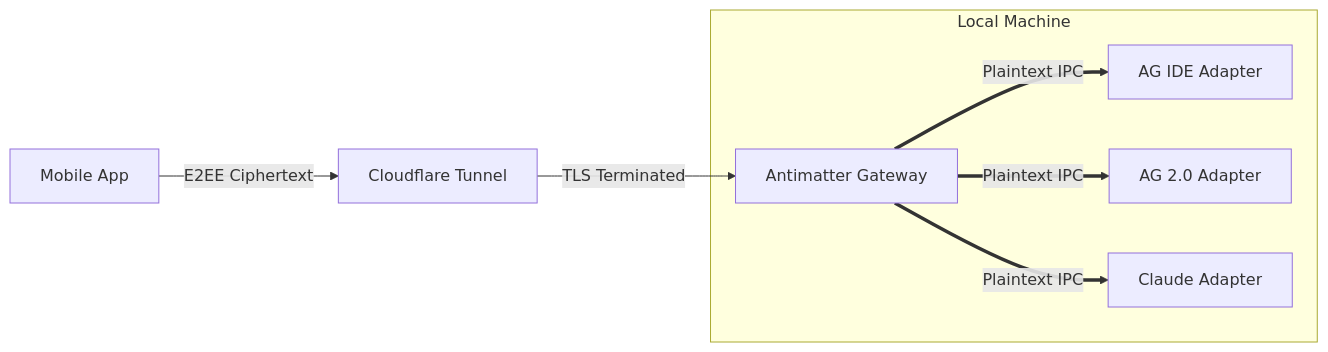
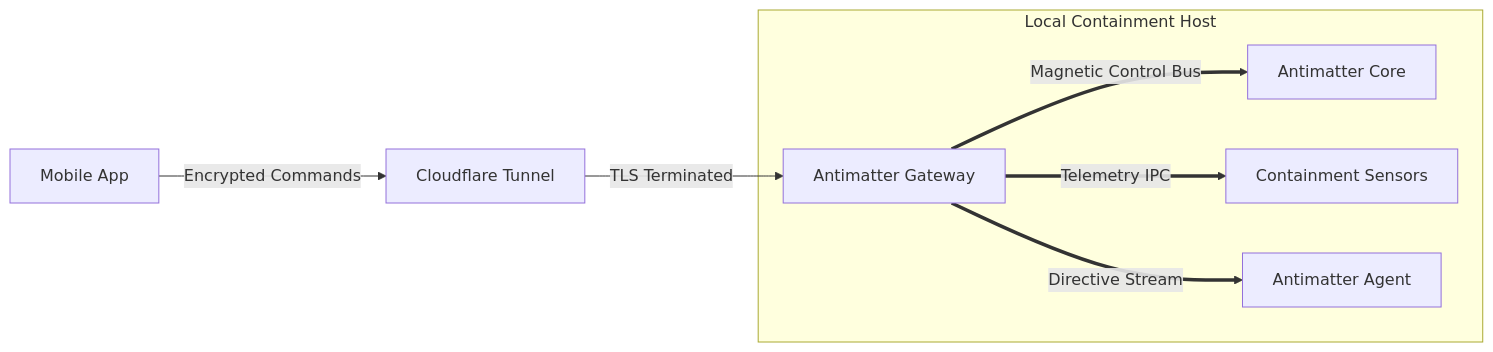
Before and after one commit to Addy-Osmani/Antimatter: the diagram in README.md, drawn with Mermaid. The commit also changed other lines of this file, not shown here.

````diff
--- a/README.md
+++ b/README.md
@@ -26,13 +26,13 @@
 ```mermaid
 flowchart LR
-    Mobile[Mobile App] -- E2EE Ciphertext --> CF[Cloudflare Tunnel]
+    Mobile[Mobile App] -- Encrypted Commands --> CF[Cloudflare Tunnel]
     CF -- TLS Terminated --> Gateway[Antimatter Gateway]
-    
-    subgraph GatewayNode[Local Machine]
+
+    subgraph ContainmentNode[Local Containment Host]
         Gateway
-        
-        Gateway == Plaintext IPC ==> AG[AG IDE Adapter]
-        Gateway == Plaintext IPC ==> AG2[AG 2.0 Adapter]
-        Gateway == Plaintext IPC ==> CC[Claude Adapter]
+
+        Gateway == Magnetic Control Bus ==> Core[Antimatter Core]
+        Gateway == Telemetry IPC ==> Sensors[Containment Sensors]
+        Gateway == Directive Stream ==> Agent[Antimatter Agent]
     end
 ```
````
